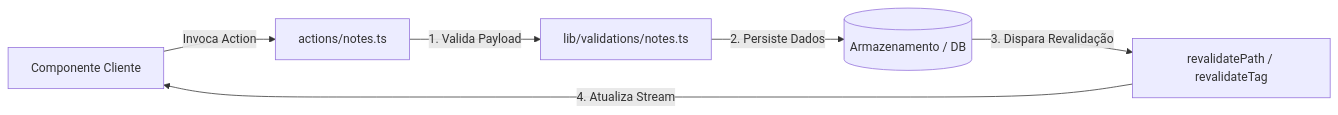
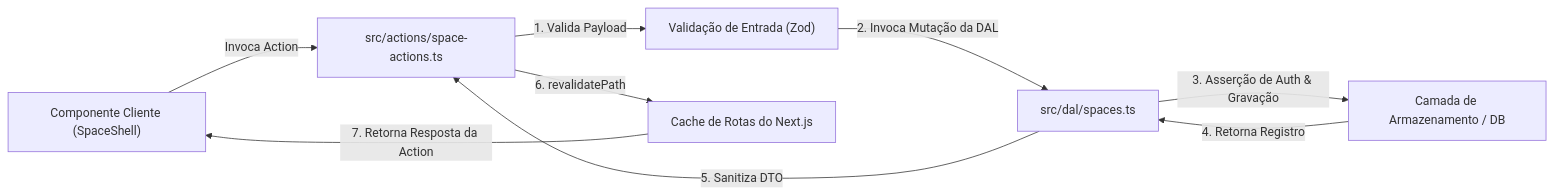
Before and after one commit to ianmaciel7/notes-app: the second of 2 diagrams in docs/translations/pt-br/architecture/README.md, drawn with Mermaid. The commit also changed other lines of this file and 63 other files, not shown here.

````diff
--- a/docs/translations/pt-br/architecture/README.md
+++ b/docs/translations/pt-br/architecture/README.md
@@ -121,8 +160,11 @@
 ```mermaid
 flowchart LR
-    ClientUI[Componente Cliente] -->|Invoca Action| Action[actions/notes.ts]
-    Action -->|1. Valida Payload| Zod[lib/validations/notes.ts]
-    Zod -->|2. Persiste Dados| DB[(Armazenamento / DB)]
-    DB -->|3. Dispara Revalidação| Cache[revalidatePath / revalidateTag]
-    Cache -->|4. Atualiza Stream| ClientUI
+    ClientUI["Componente Cliente (SpaceShell)"] -->|Invoca Action| Action["src/actions/space-actions.ts"]
+    Action -->|1. Valida Payload| Zod["Validação de Entrada (Zod)"]
+    Zod -->|2. Invoca Mutação da DAL| DAL["src/dal/spaces.ts"]
+    DAL -->|3. Asserção de Auth & Gravação| Storage["Camada de Armazenamento / DB"]
+    Storage -->|4. Retorna Registro| DAL
+    DAL -->|5. Sanitiza DTO| Action
+    Action -->|6. revalidatePath| Cache["Cache de Rotas do Next.js"]
+    Cache -->|7. Retorna Resposta da Action| ClientUI
 ```
````
